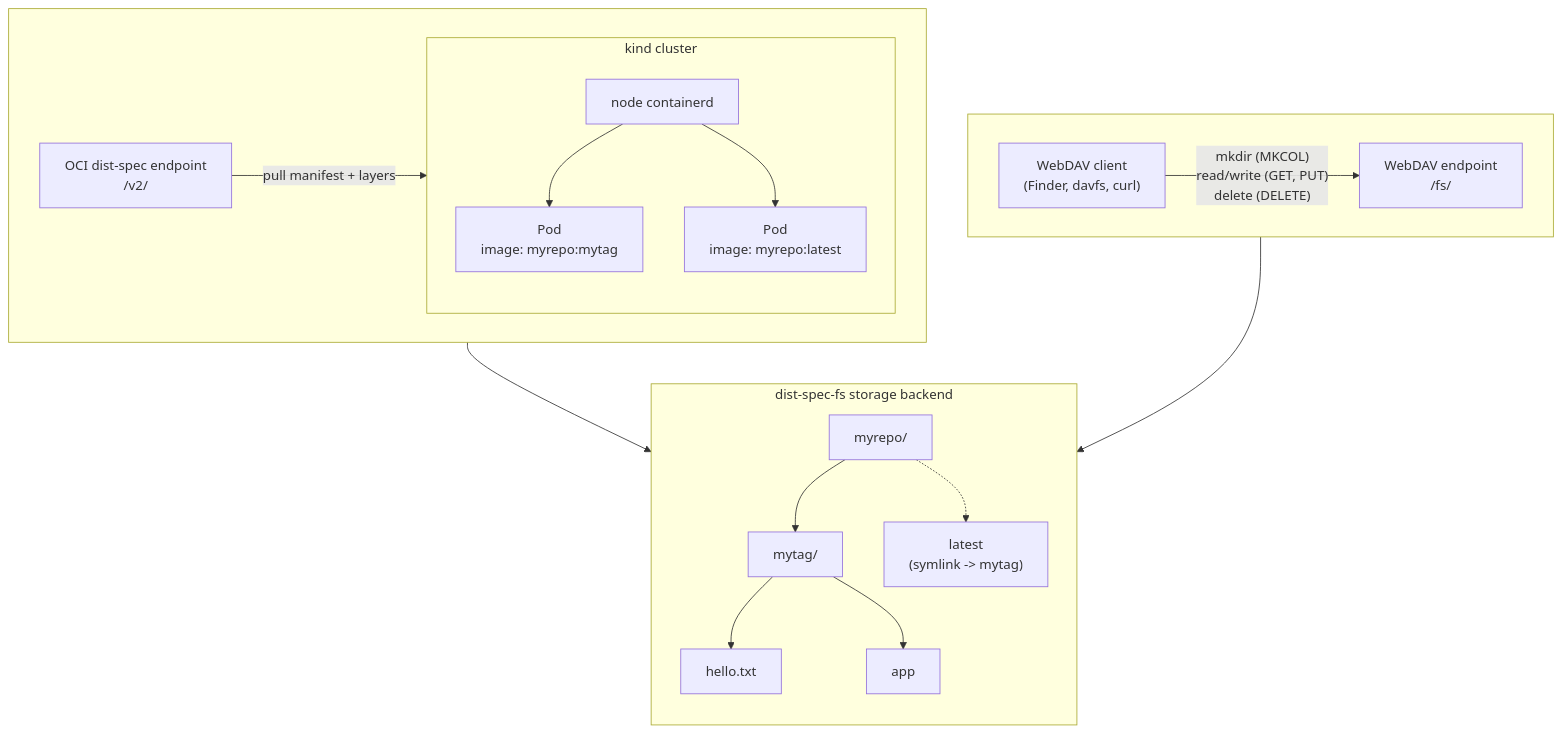
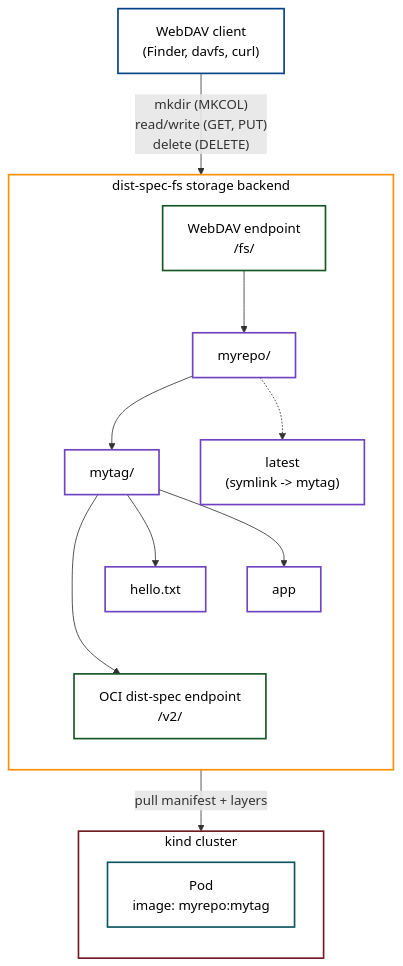
The diagram in README.md (rchincha/dist-spec-fs), drawn with Mermaid before and after one commit.

Commit message:
docs: restructure README diagram into a strict top-to-bottom flow
Client -> WebDAV endpoint -> folder tree -> OCI endpoint -> kind cluster
Pod, each level in its own box with a distinct border color and
consistent black-on-white text throughout.

````diff
--- a/README.md
+++ b/README.md
@@ -9,37 +9,44 @@
 ```mermaid
 flowchart TB
-    subgraph TopLane[ ]
-        direction LR
-        Client["WebDAV client\n(Finder, davfs, curl)"] -- "mkdir (MKCOL)\nread/write (GET, PUT)\ndelete (DELETE)" --> WebDAV["WebDAV endpoint\n/fs/"]
-    end
+    Client["WebDAV client\n(Finder, davfs, curl)"]
 
-    subgraph BottomLane[ ]
-        direction LR
-        OCI["OCI dist-spec endpoint\n/v2/"] -- "pull manifest + layers" --> Kind
-    end
-
-    subgraph Kind["kind cluster"]
+    subgraph Storage["dist-spec-fs storage backend"]
         direction TB
-        Containerd["node containerd"]
-        Pod1["Pod\nimage: myrepo:mytag"]
-        Pod2["Pod\nimage: myrepo:latest"]
-        Containerd --> Pod1
-        Containerd --> Pod2
-    end
-
-    subgraph MidStorage["dist-spec-fs storage backend"]
-        direction TB
+        WebDAVEndpoint["WebDAV endpoint\n/fs/"]
         Repo["myrepo/"]
         Tag["mytag/"]
         Latest["latest\n(symlink -> mytag)"]
         File1["hello.txt"]
         File2["app"]
+        OCIEndpoint["OCI dist-spec endpoint\n/v2/"]
+
+        WebDAVEndpoint --> Repo
         Repo --> Tag
         Repo -.-> Latest
         Tag --> File1
         Tag --> File2
+        Tag --> OCIEndpoint
+        File1 ~~~ OCIEndpoint
+        File2 ~~~ OCIEndpoint
     end
 
-    WebDAV --> Repo
-    OCI --> Repo
+    subgraph KindCluster["kind cluster"]
+        direction TB
+        Pod["Pod\nimage: myrepo:mytag"]
+    end
+
+    Client -- "mkdir (MKCOL)\nread/write (GET, PUT)\ndelete (DELETE)" --> WebDAVEndpoint
+    OCIEndpoint -- "pull manifest + layers" --> Pod
+
+    style Client fill:#ffffff,color:#000000,stroke:#004085,stroke-width:2px
+    style Storage fill:#ffffff,color:#000000,stroke:#ff8f00,stroke-width:2px
+    style WebDAVEndpoint fill:#ffffff,color:#000000,stroke:#155724,stroke-width:2px
+    style OCIEndpoint fill:#ffffff,color:#000000,stroke:#155724,stroke-width:2px
+    style KindCluster fill:#ffffff,color:#000000,stroke:#721c24,stroke-width:2px
+    style Pod fill:#ffffff,color:#000000,stroke:#0c5460,stroke-width:2px
+    style Repo fill:#ffffff,color:#000000,stroke:#6f42c1,stroke-width:2px
+    style Tag fill:#ffffff,color:#000000,stroke:#6f42c1,stroke-width:2px
+    style Latest fill:#ffffff,color:#000000,stroke:#6f42c1,stroke-width:2px
+    style File1 fill:#ffffff,color:#000000,stroke:#6f42c1,stroke-width:2px
+    style File2 fill:#ffffff,color:#000000,stroke:#6f42c1,stroke-width:2px
 ```
````
